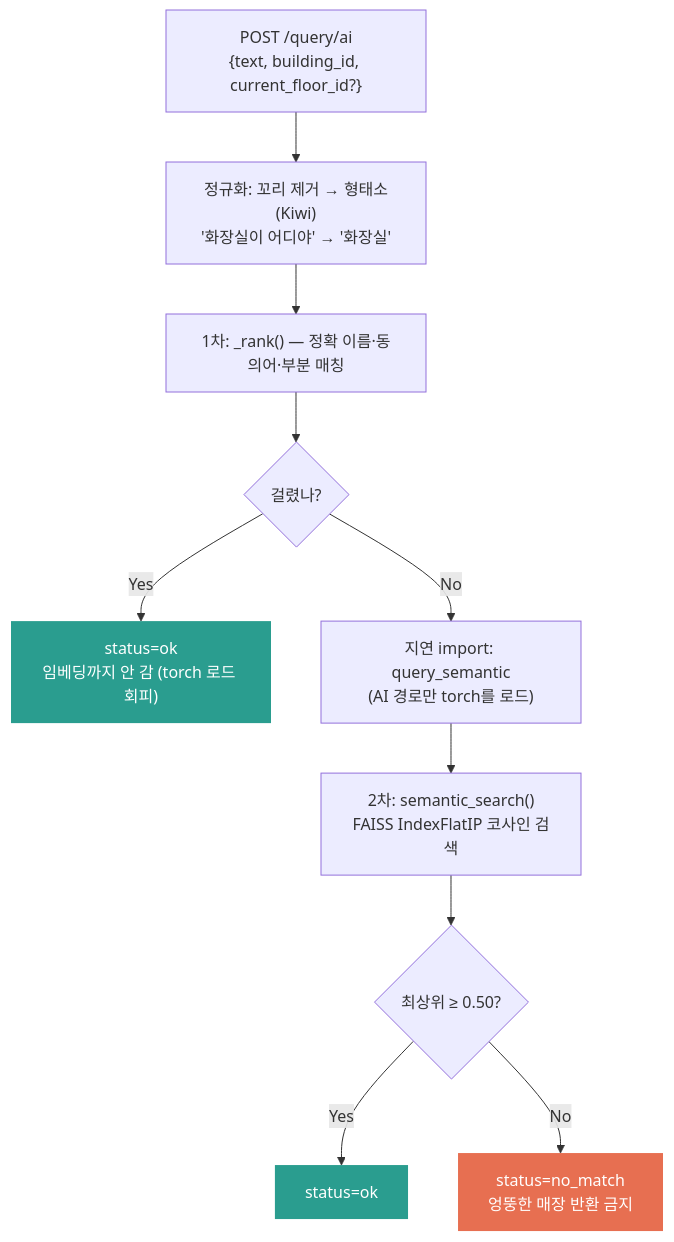
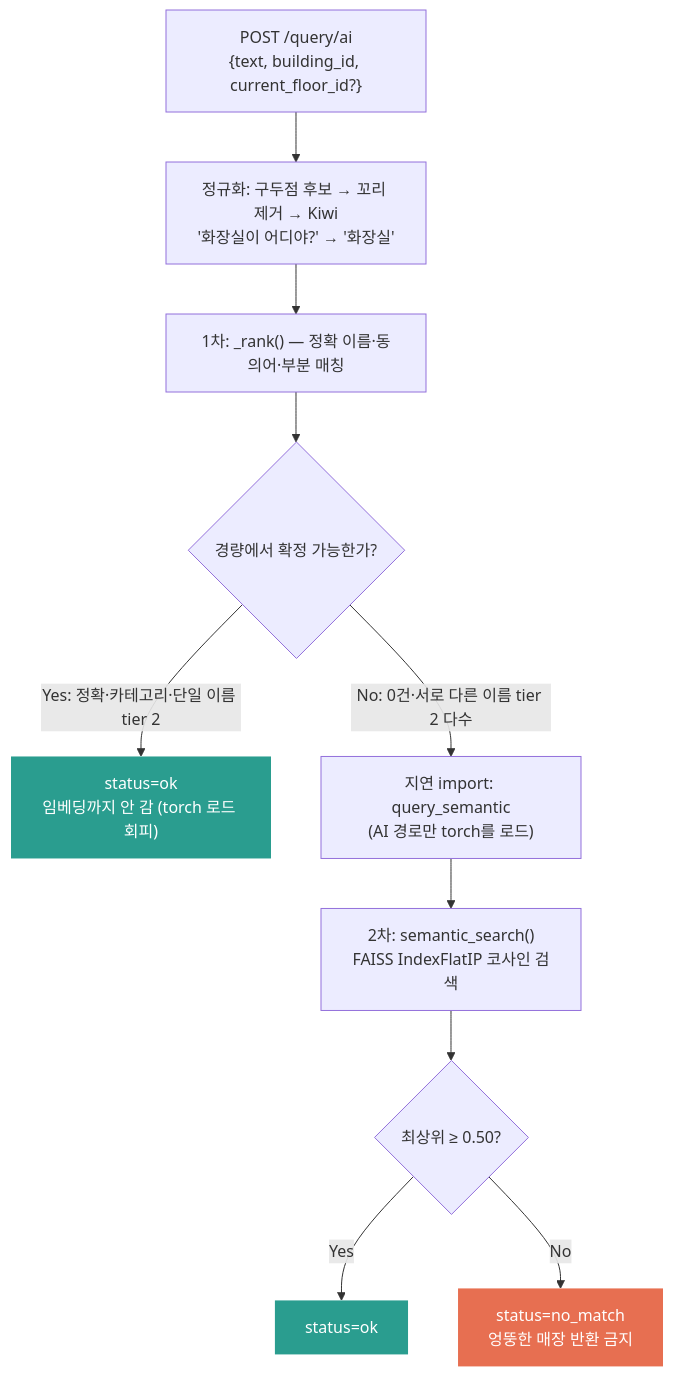
The seventh of 7 diagrams in docs/backend/fastapi-request-flow.md (HumanLayer-auth/Navigation), drawn with Mermaid before and after one commit. The commit also changed other lines of this file and 18 other files, not shown here.

````diff
--- a/docs/backend/fastapi-request-flow.md
+++ b/docs/backend/fastapi-request-flow.md
@@ -234,24 +234,24 @@
 ```mermaid
 flowchart TD
     req["POST /query/ai<br/>{text, building_id, current_floor_id?}"]
-    norm["정규화: 꼬리 제거 → 형태소(Kiwi)<br/>'화장실이 어디야' → '화장실'"]
+    norm["정규화: 구두점 후보 → 꼬리 제거 → Kiwi<br/>'화장실이 어디야?' → '화장실'"]
     rank["1차: _rank() — 정확 이름·동의어·부분 매칭"]
-    hit{"걸렸나?"}
+    hit{"경량에서 확정 가능한가?"}
     ok1["status=ok<br/>임베딩까지 안 감 (torch 로드 회피)"]
     imp["지연 import: query_semantic<br/>(AI 경로만 torch를 로드)"]
     sem["2차: semantic_search()<br/>FAISS IndexFlatIP 코사인 검색"]
     th{"최상위 ≥ 0.50?"}
     ok2["status=ok"]
     no["status=no_match<br/>엉뚱한 매장 반환 금지"]
 
     req --> norm --> rank --> hit
-    hit -->|Yes| ok1
-    hit -->|No| imp --> sem --> th
+    hit -->|"Yes: 정확·카테고리·단일 이름 tier 2"| ok1
+    hit -->|"No: 0건·서로 다른 이름 tier 2 다수"| imp --> sem --> th
     th -->|Yes| ok2
     th -->|No| no
 
     classDef good fill:#2a9d8f,color:#fff,stroke:none
     classDef bad fill:#e76f51,color:#fff,stroke:none
     class ok1,ok2 good
     class no bad
 ```
````
